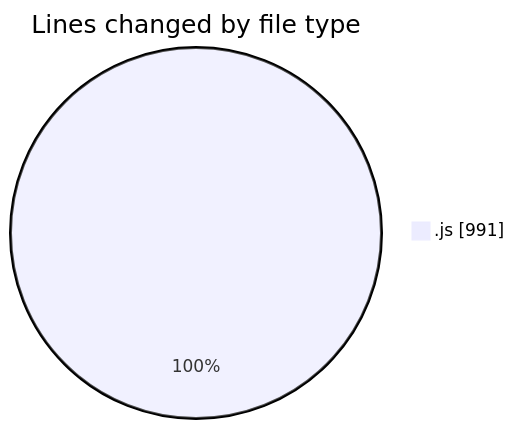
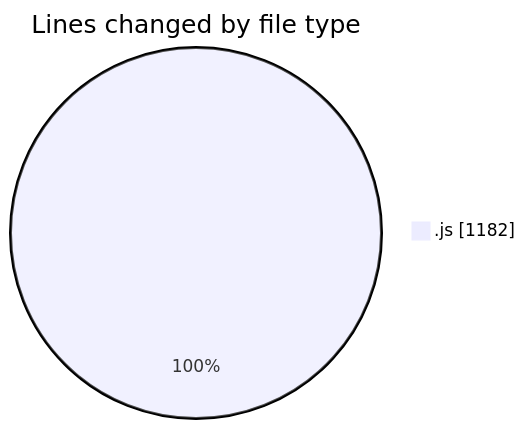
The first of 2 diagrams in 2025-04-03/jsvms/README.md (BS-eng2023/code-tracking), drawn with Mermaid before and after one commit. The commit also changed other lines of this file and 1 other file, not shown here.

````diff
--- a/2025-04-03/jsvms/README.md
+++ b/2025-04-03/jsvms/README.md
@@ -28,5 +29,5 @@
 ```mermaid
 pie showData
 title Lines changed by file type
-".js" : 991
+".js" : 1182
 ```
````
